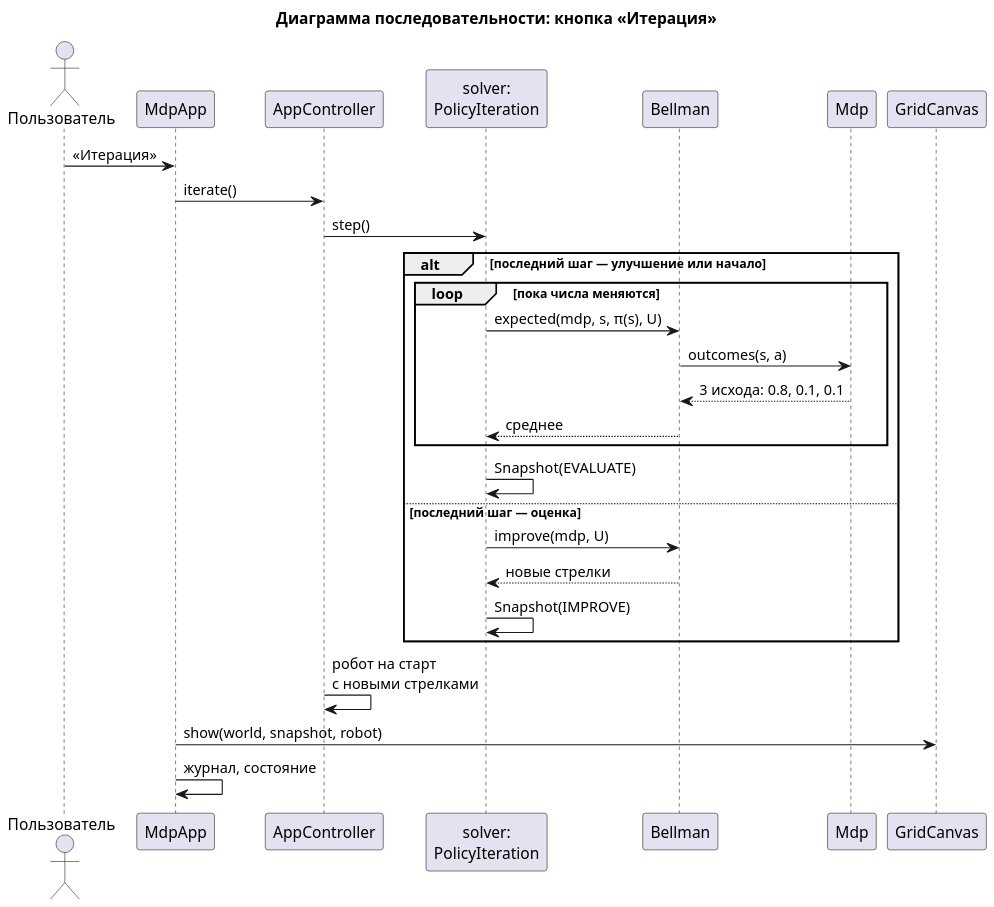
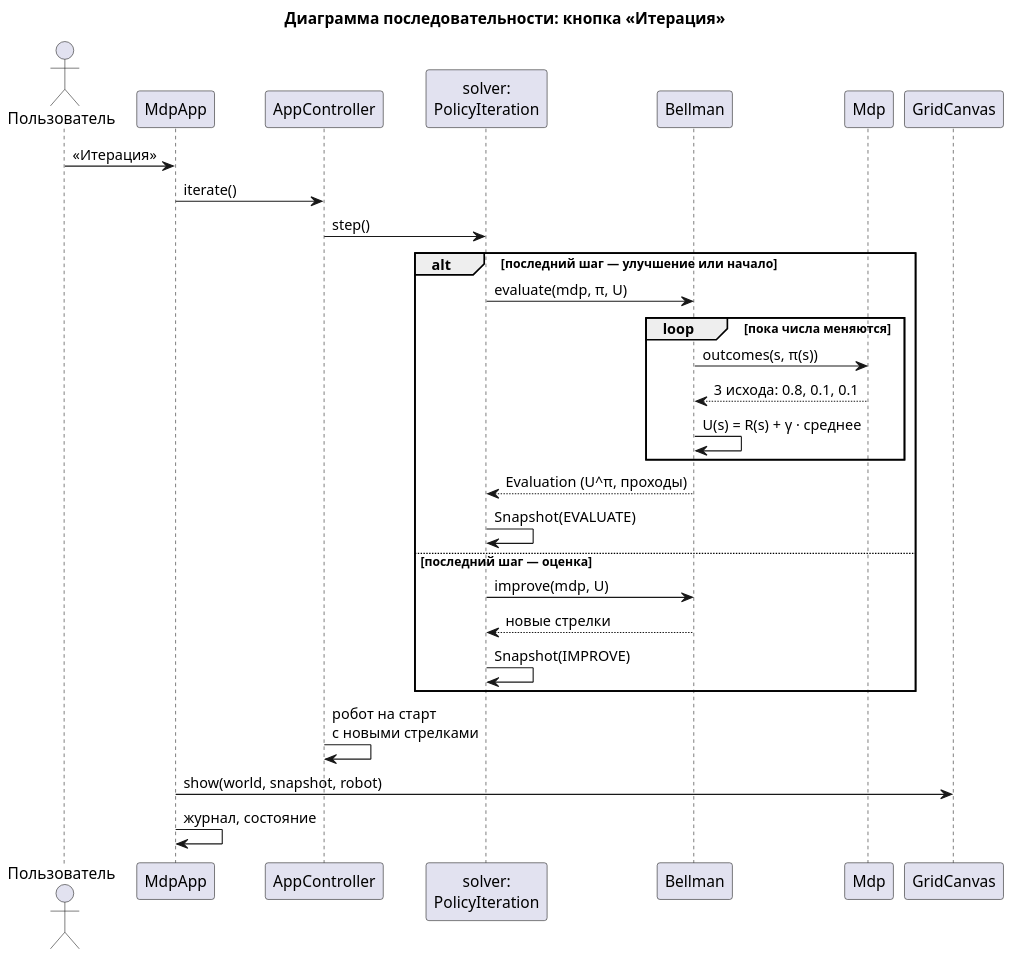
Before and after one commit to azamnz/stochastic-grid: the diagram in docs/uml/sequence_iterate.puml, drawn with PlantUML. The commit also changed 18 other files, not shown here.

```diff
--- a/docs/uml/sequence_iterate.puml
+++ b/docs/uml/sequence_iterate.puml
@@ -1,35 +1,36 @@
 @startuml sequence_iterate
 !pragma layout smetana
 skinparam dpi 150
 skinparam defaultFontName Arial
 skinparam shadowing false
 title Диаграмма последовательности: кнопка «Итерация»
 
 actor Пользователь as user
 participant MdpApp as app
 participant AppController as c
 participant "solver:\nPolicyIteration" as pi
 participant Bellman as b
 participant Mdp as mdp
 participant GridCanvas as canvas
 
 user -> app : «Итерация»
 app -> c : iterate()
 c -> pi : step()
 alt последний шаг — улучшение или начало
+  pi -> b : evaluate(mdp, π, U)
   loop пока числа меняются
-    pi -> b : expected(mdp, s, π(s), U)
-    b -> mdp : outcomes(s, a)
+    b -> mdp : outcomes(s, π(s))
     mdp --> b : 3 исхода: 0.8, 0.1, 0.1
-    b --> pi : среднее
+    b -> b : U(s) = R(s) + γ · среднее
   end
+  b --> pi : Evaluation (U^π, проходы)
   pi -> pi : Snapshot(EVALUATE)
 else последний шаг — оценка
   pi -> b : improve(mdp, U)
   b --> pi : новые стрелки
   pi -> pi : Snapshot(IMPROVE)
 end
 c -> c : робот на старт\nс новыми стрелками
 app -> canvas : show(world, snapshot, robot)
 app -> app : журнал, состояние
 @enduml
```
